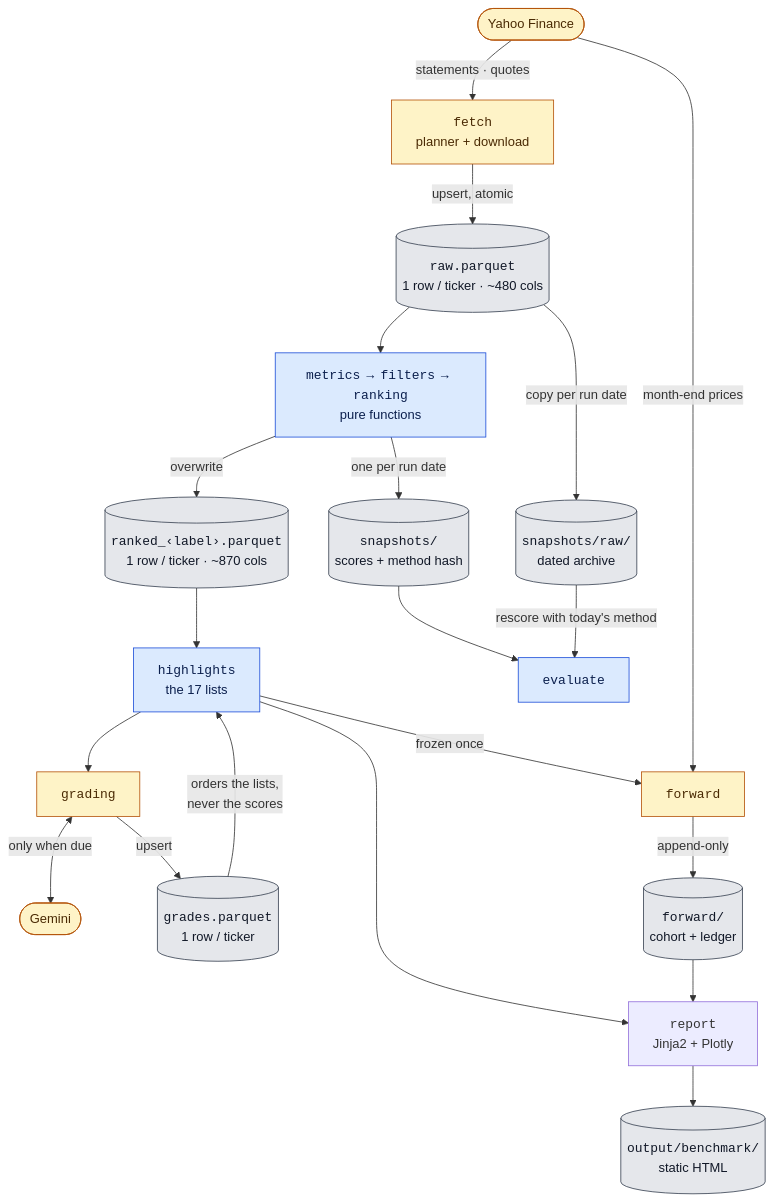
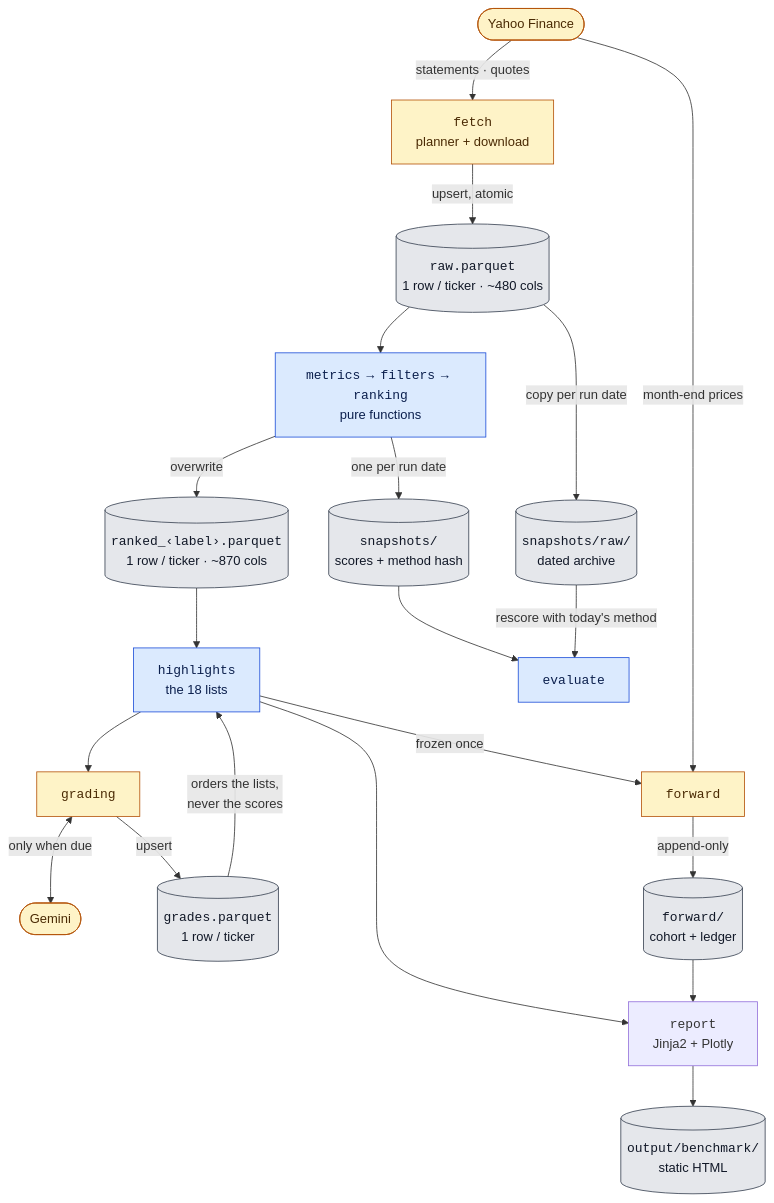
The second of 5 diagrams in ARCHITECTURE.md (JAlvarezRomario/equity-screening-pipeline), drawn with Mermaid before and after one commit. The commit also changed 14 other files, not shown here.

````diff
--- a/ARCHITECTURE.md
+++ b/ARCHITECTURE.md
@@ -81,29 +81,29 @@
 ```mermaid
 flowchart TB
     Y(["Yahoo Finance"]) -->|"statements · quotes"| F["<code>fetch</code><br/>planner + download"]
     F -->|"upsert, atomic"| RAW[("<code>raw.parquet</code><br/>1 row / ticker · ~480 cols")]
     RAW --> CORE["<code>metrics</code> → <code>filters</code> → <code>ranking</code><br/>pure functions"]
     RAW -->|"copy per run date"| RA[("<code>snapshots/raw/</code><br/>dated archive")]
     CORE -->|"overwrite"| RK[("<code>ranked_‹label›.parquet</code><br/>1 row / ticker · ~870 cols")]
     CORE -->|"one per run date"| SN[("<code>snapshots/</code><br/>scores + method hash")]
-    RK --> HL["<code>highlights</code><br/>the 17 lists"]
+    RK --> HL["<code>highlights</code><br/>the 18 lists"]
     HL --> GR["<code>grading</code>"]
     GR <-->|"only when due"| GM(["Gemini"])
     GR -->|"upsert"| GD[("<code>grades.parquet</code><br/>1 row / ticker")]
     GD -->|"orders the lists,<br/>never the scores"| HL
     HL -->|"frozen once"| FW["<code>forward</code>"]
     Y -->|"month-end prices"| FW
     FW -->|"append-only"| LG[("<code>forward/</code><br/>cohort + ledger")]
     HL --> SITE["<code>report</code><br/>Jinja2 + Plotly"]
     LG --> SITE
     SITE --> OUT[("<code>output/benchmark/</code><br/>static HTML")]
     SN --> EV["<code>evaluate</code>"]
     RA -->|"rescore with today's method"| EV
 
     classDef pure fill:#dbeafe,stroke:#1d4ed8,color:#0b1f4d
     classDef ext fill:#fef3c7,stroke:#b45309,color:#4a2a04
     classDef store fill:#e5e7eb,stroke:#374151,color:#111827
     class CORE,HL,EV pure
     class Y,GM,F,GR,FW ext
     class RAW,RA,RK,SN,GD,LG,OUT store
 ```
````
